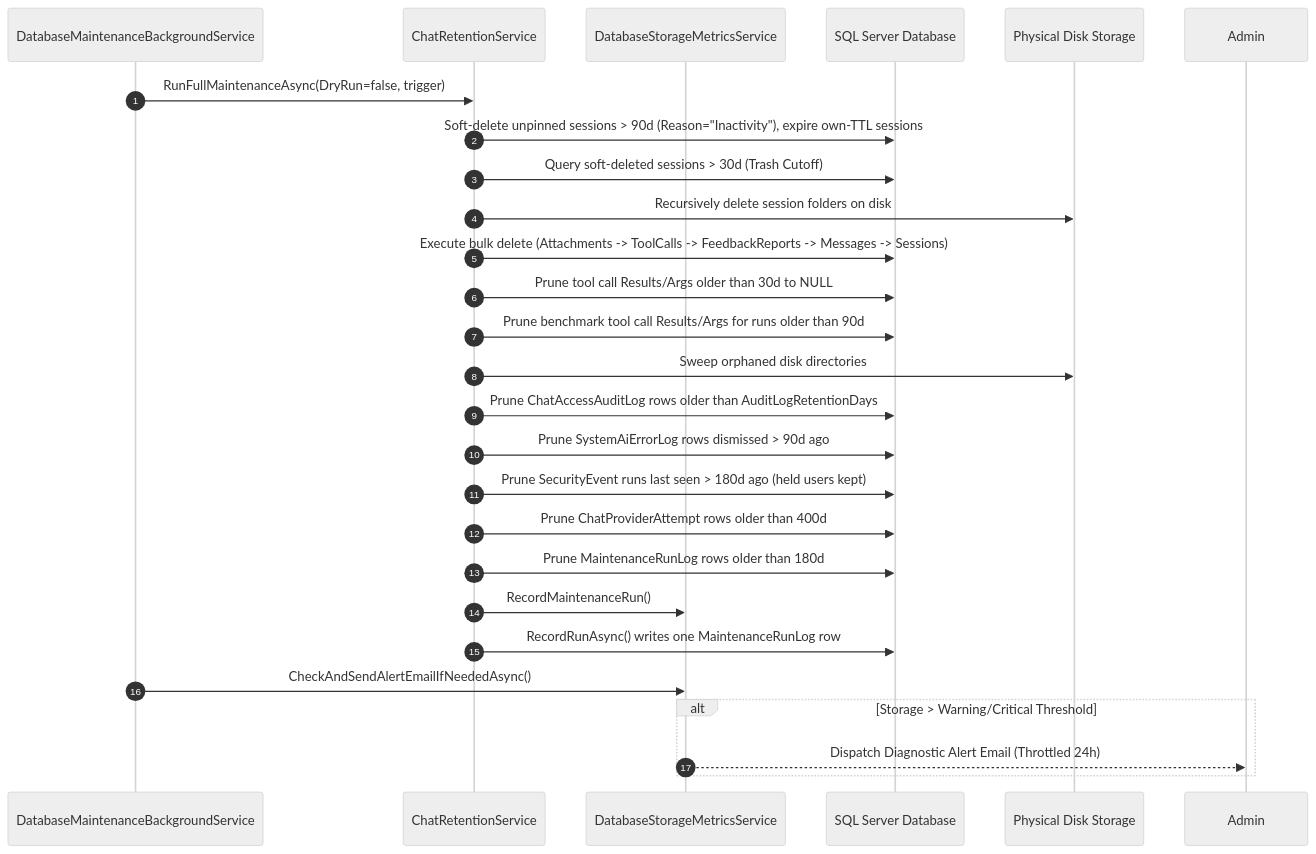
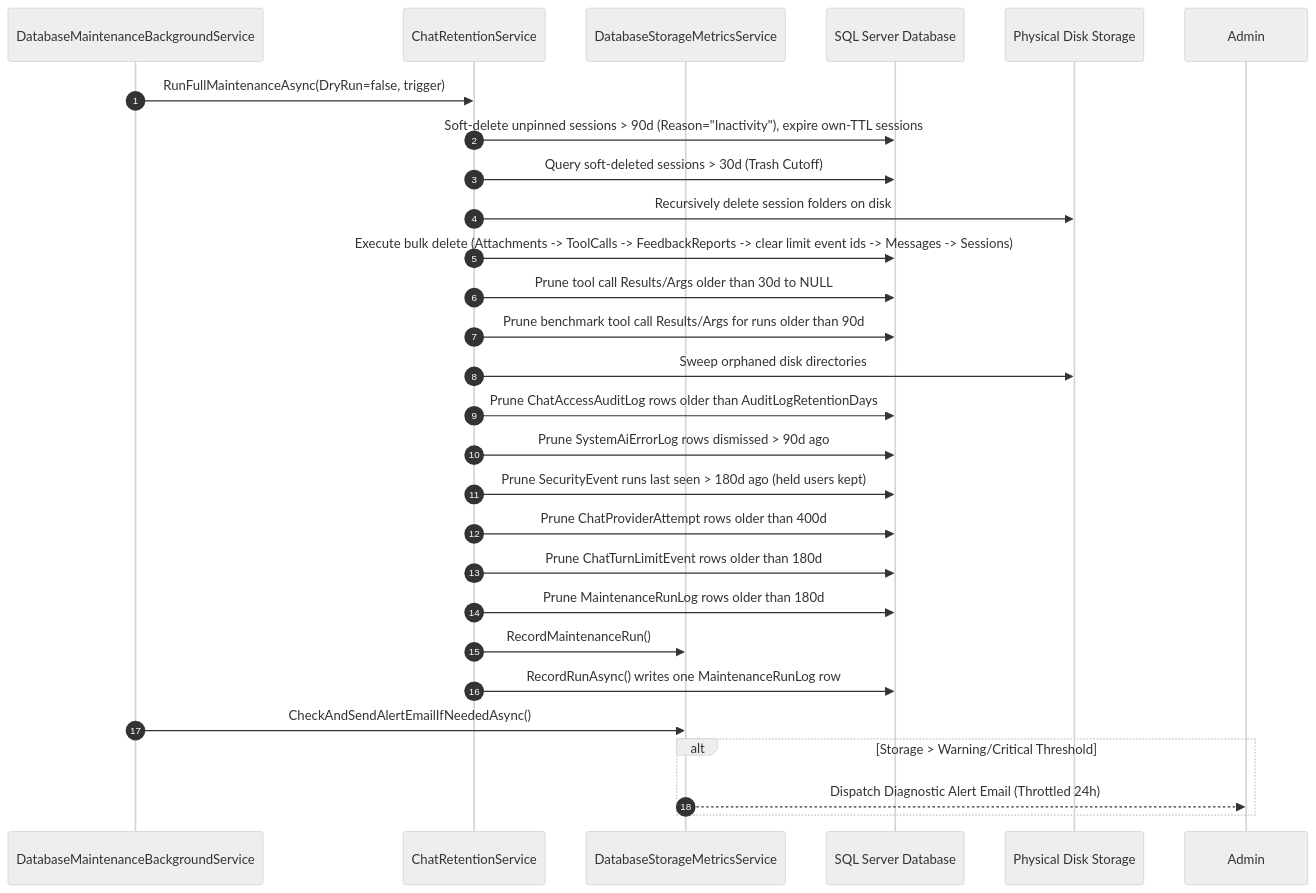
The second of 2 diagrams in .agents/skills/chat_retention_architecture/SKILL.md (hyvanmielenpelit/MobileGnollHackLogger), drawn with Mermaid (neutral theme) before and after one commit. The commit also changed other lines of this file and 149 other files, not shown here.

Commit message:
Overseer Chat: Wiki Overview Tool, Limit Warnings for the Model, Unfinished-Answer Recovery, and Visible, Stored, Reported Turn Stops [chat_turn_limits]

````diff
--- a/.agents/skills/chat_retention_architecture/SKILL.md
+++ b/.agents/skills/chat_retention_architecture/SKILL.md
@@ -185,29 +187,30 @@
 ```mermaid
 sequenceDiagram
     autonumber
     participant Engine as DatabaseMaintenanceBackgroundService
     participant Retention as ChatRetentionService
     participant Storage as DatabaseStorageMetricsService
     participant DB as SQL Server Database
     participant Disk as Physical Disk Storage
 
     Engine->>Retention: RunFullMaintenanceAsync(DryRun=false, trigger)
     Retention->>DB: Soft-delete unpinned sessions > 90d (Reason="Inactivity"), expire own-TTL sessions
     Retention->>DB: Query soft-deleted sessions > 30d (Trash Cutoff)
     Retention->>Disk: Recursively delete session folders on disk
-    Retention->>DB: Execute bulk delete (Attachments -> ToolCalls -> FeedbackReports -> Messages -> Sessions)
+    Retention->>DB: Execute bulk delete (Attachments -> ToolCalls -> FeedbackReports -> clear limit event ids -> Messages -> Sessions)
     Retention->>DB: Prune tool call Results/Args older than 30d to NULL
     Retention->>DB: Prune benchmark tool call Results/Args for runs older than 90d
     Retention->>Disk: Sweep orphaned disk directories
     Retention->>DB: Prune ChatAccessAuditLog rows older than AuditLogRetentionDays
     Retention->>DB: Prune SystemAiErrorLog rows dismissed > 90d ago
     Retention->>DB: Prune SecurityEvent runs last seen > 180d ago (held users kept)
     Retention->>DB: Prune ChatProviderAttempt rows older than 400d
+    Retention->>DB: Prune ChatTurnLimitEvent rows older than 180d
     Retention->>DB: Prune MaintenanceRunLog rows older than 180d
     Retention->>Storage: RecordMaintenanceRun()
     Retention->>DB: RecordRunAsync() writes one MaintenanceRunLog row
     Engine->>Storage: CheckAndSendAlertEmailIfNeededAsync()
     alt Storage > Warning/Critical Threshold
         Storage-->>Admin: Dispatch Diagnostic Alert Email (Throttled 24h)
     end
 ```
````
